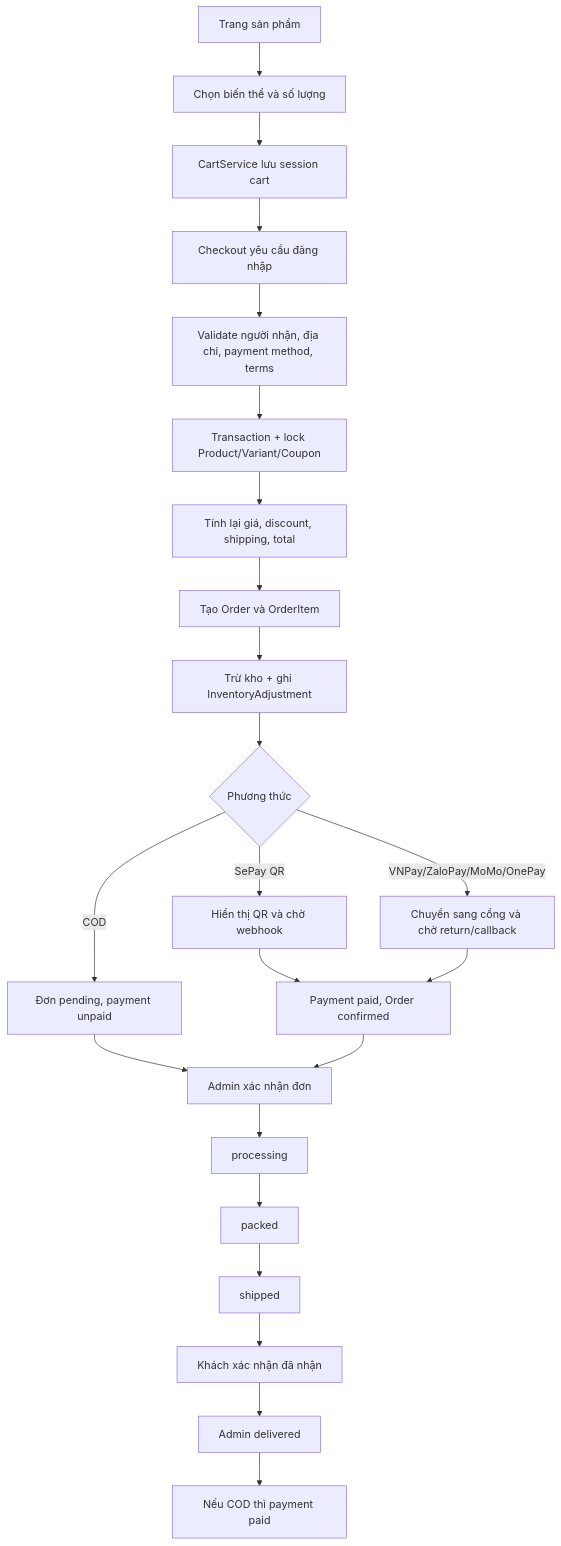
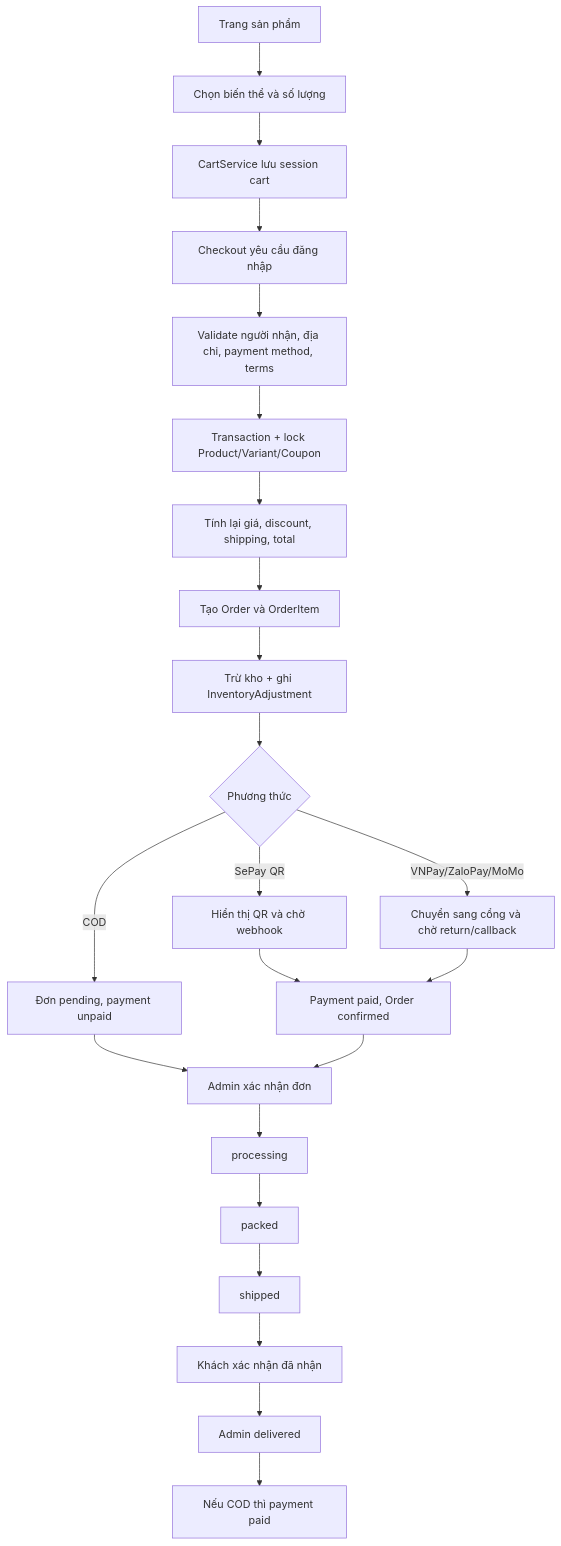
The second of 5 diagrams in docs/kich-ban-bao-ve-lab08.md (ndat1865-spec/PetShop), drawn with Mermaid before and after one commit. The commit also changed other lines of this file and 6 other files, not shown here.

````diff
--- a/docs/kich-ban-bao-ve-lab08.md
+++ b/docs/kich-ban-bao-ve-lab08.md
@@ -67,25 +108,25 @@
 ```mermaid
 flowchart TD
     A[Trang sản phẩm] --> B[Chọn biến thể và số lượng]
     B --> C[CartService lưu session cart]
     C --> D[Checkout yêu cầu đăng nhập]
     D --> E[Validate người nhận, địa chỉ, payment method, terms]
     E --> F[Transaction + lock Product/Variant/Coupon]
     F --> G[Tính lại giá, discount, shipping, total]
     G --> H[Tạo Order và OrderItem]
     H --> I[Trừ kho + ghi InventoryAdjustment]
     I --> J{Phương thức}
     J -->|COD| K[Đơn pending, payment unpaid]
     J -->|SePay QR| L[Hiển thị QR và chờ webhook]
-    J -->|VNPay/ZaloPay/MoMo/OnePay| M[Chuyển sang cổng và chờ return/callback]
+    J -->|VNPay/ZaloPay/MoMo| M[Chuyển sang cổng và chờ return/callback]
     L --> N[Payment paid, Order confirmed]
     M --> N
     K --> O[Admin xác nhận đơn]
     N --> O
     O --> P[processing]
     P --> Q[packed]
     Q --> R[shipped]
     R --> S[Khách xác nhận đã nhận]
     S --> T[Admin delivered]
     T --> U[Nếu COD thì payment paid]
 ```
````
